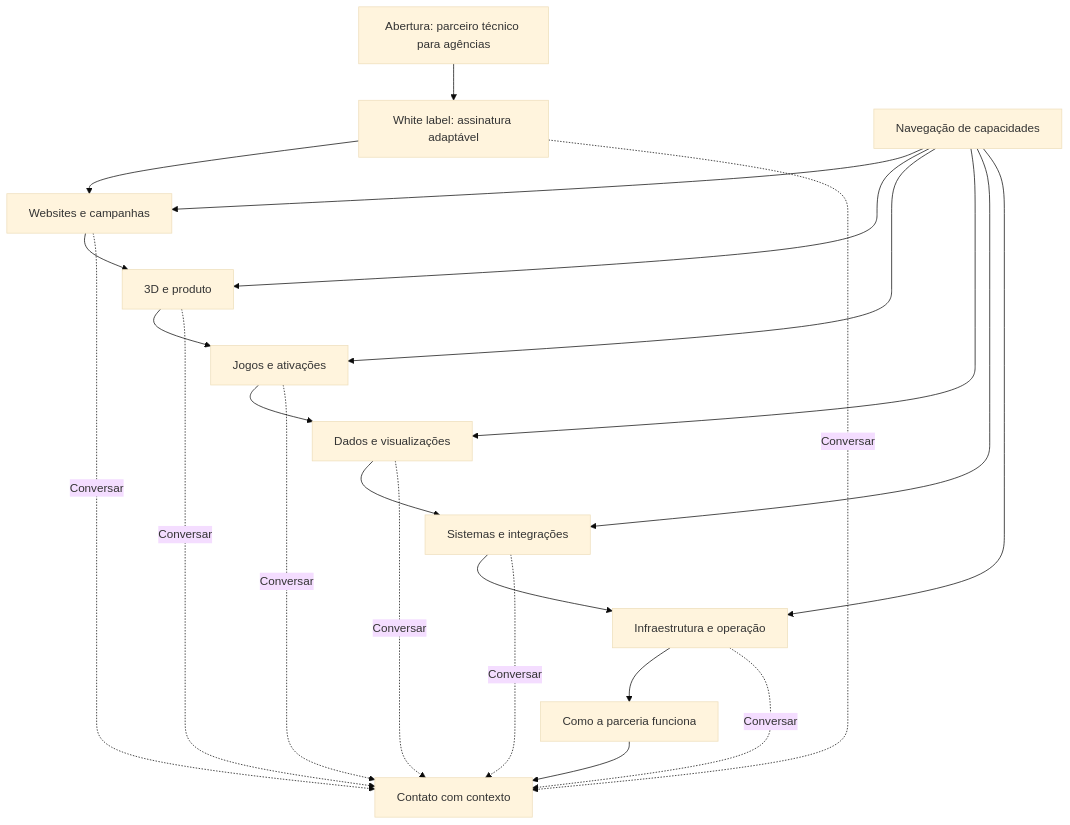
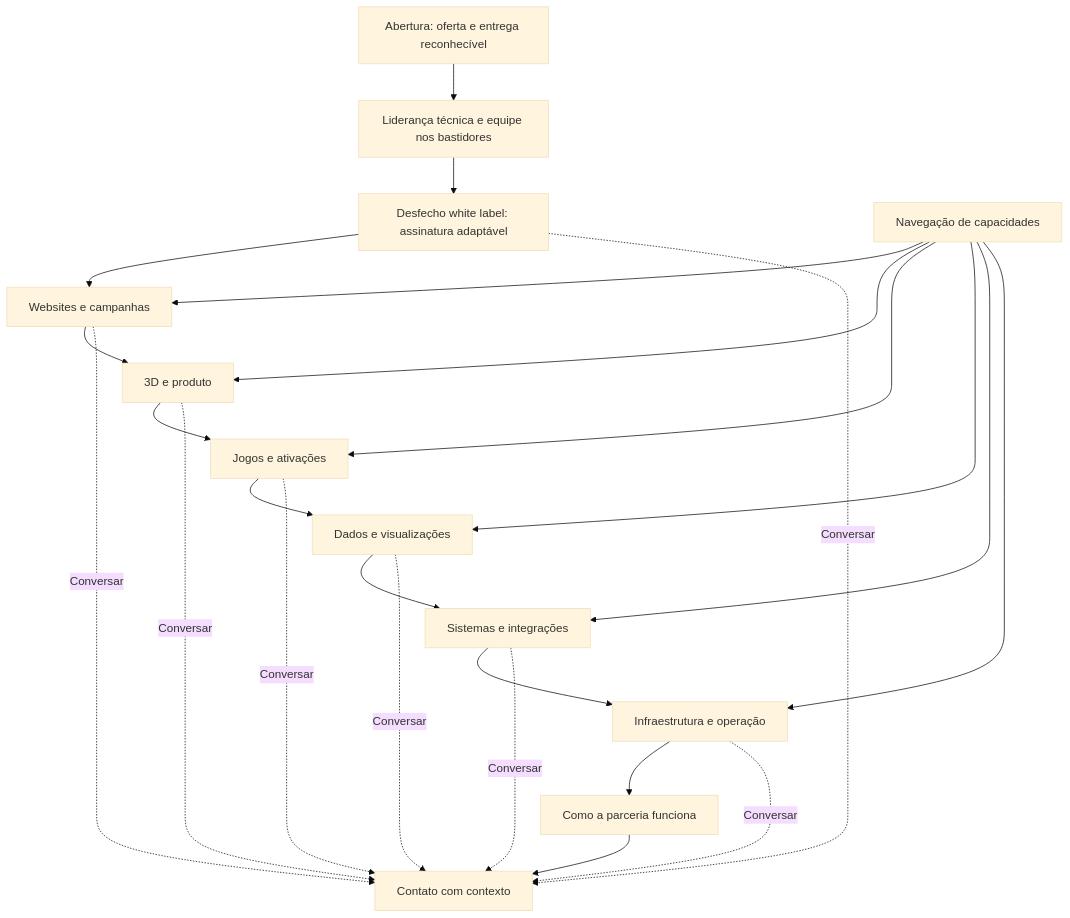
Before and after one commit to mariozenmedina/borderline: the diagram in docs/v2/02-arquitetura-da-informacao.md, drawn with Mermaid (base theme). The commit also changed other lines of this file and 7 other files, not shown here.

````diff
--- a/docs/v2/02-arquitetura-da-informacao.md
+++ b/docs/v2/02-arquitetura-da-informacao.md
@@ -15,25 +19,26 @@
 ```mermaid
 flowchart TD
-    A[Abertura: parceiro técnico para agências] --> B[White label: assinatura adaptável]
+    A[Abertura: oferta e entrega reconhecível] --> A1[Liderança técnica e equipe nos bastidores]
+    A1 --> B[Desfecho white label: assinatura adaptável]
     B --> C[Websites e campanhas]
     C --> D[3D e produto]
     D --> E[Jogos e ativações]
     E --> F[Dados e visualizações]
     F --> G[Sistemas e integrações]
     G --> H[Infraestrutura e operação]
     H --> I[Como a parceria funciona]
     I --> J[Contato com contexto]
     N[Navegação de capacidades] --> C
     N --> D
     N --> E
     N --> F
     N --> G
     N --> H
     B -. Conversar .-> J
     C -. Conversar .-> J
     D -. Conversar .-> J
     E -. Conversar .-> J
     F -. Conversar .-> J
     G -. Conversar .-> J
     H -. Conversar .-> J
 ```
````
